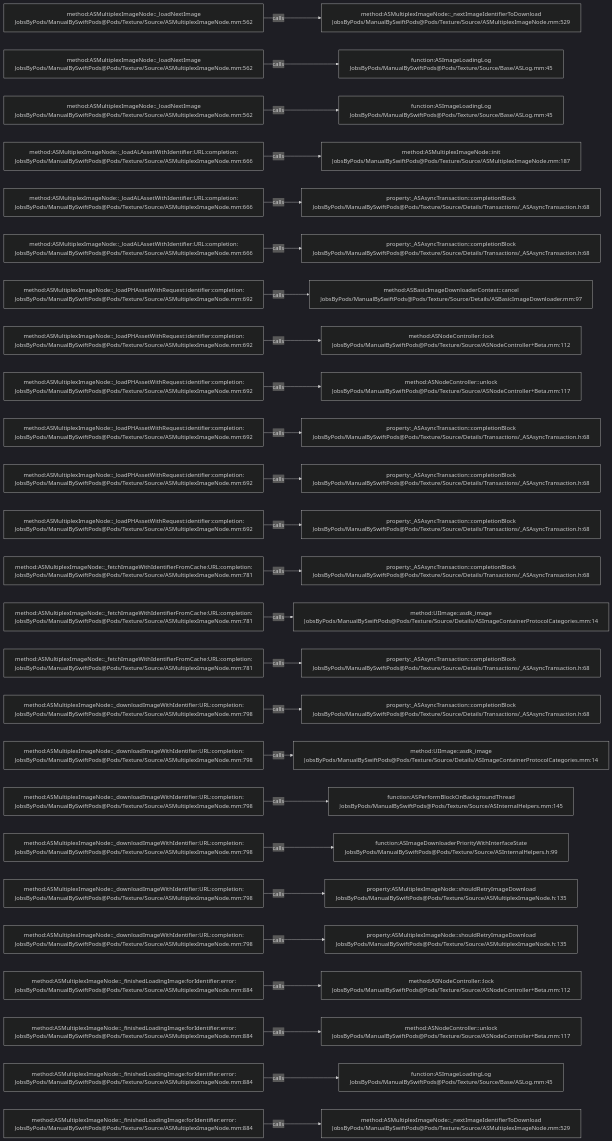
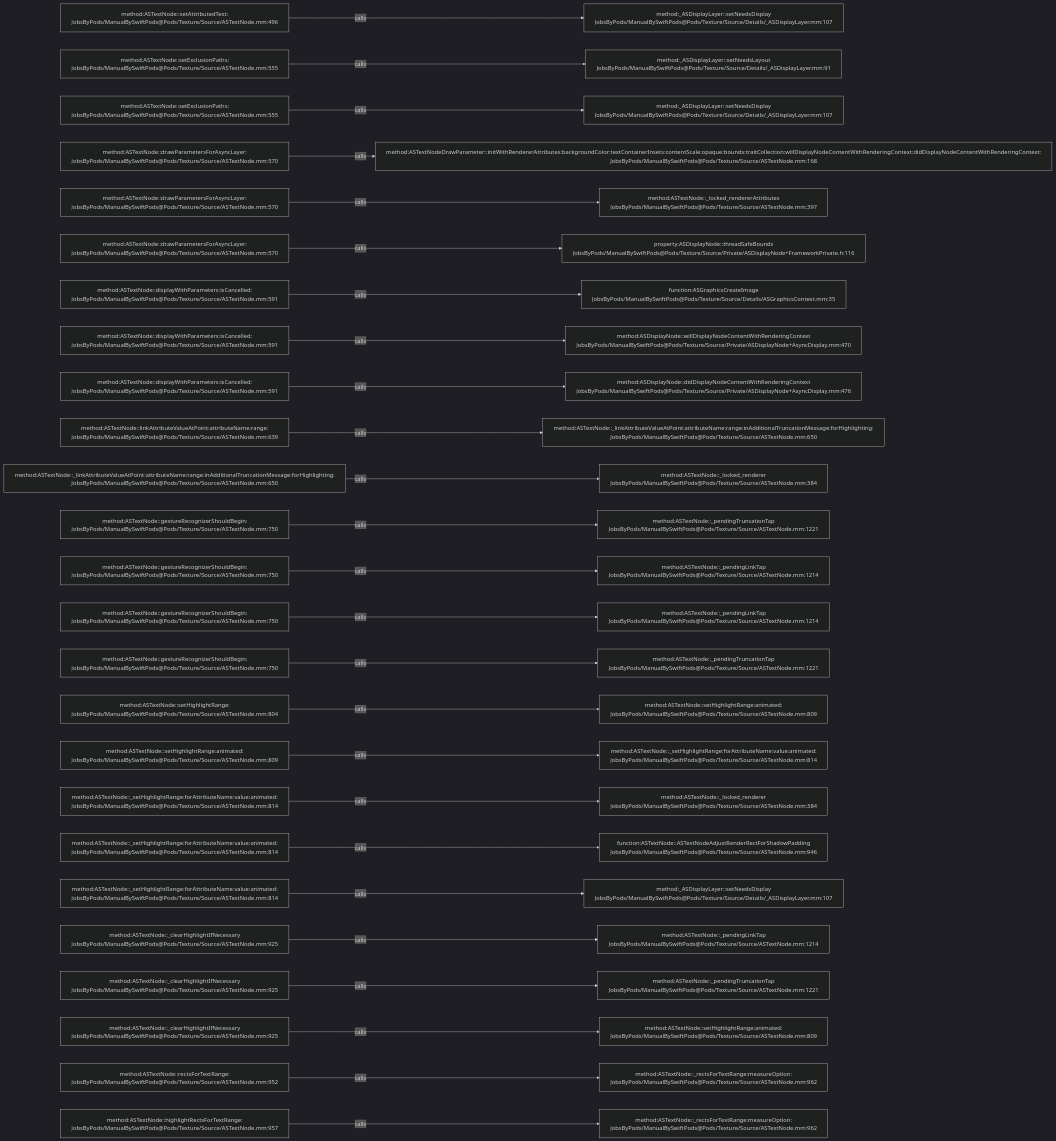
The diagram in .codegraph/codegraph.md/graphs/calls-067.md (JobsKits/JobsSwiftBaseConfigDemo), drawn with Mermaid (dark theme) before and after one commit. The commit also changed 832 other files, not shown here.

````diff
--- a/.codegraph/codegraph.md/graphs/calls-067.md
+++ b/.codegraph/codegraph.md/graphs/calls-067.md
@@ -13,78 +13,78 @@
 ```mermaid
 flowchart LR
-  S1["method:ASMultiplexImageNode::_loadNextImage<br/>JobsByPods/ManualBySwiftPods@Pods/Texture/Source/ASMultiplexImageNode.mm:562"]
-  T1["method:ASMultiplexImageNode::_nextImageIdentifierToDownload<br/>JobsByPods/ManualBySwiftPods@Pods/Texture/Source/ASMultiplexImageNode.mm:529"]
+  S1["method:ASTextNode::setAttributedText:<br/>JobsByPods/ManualBySwiftPods@Pods/Texture/Source/ASTextNode.mm:496"]
+  T1["method:_ASDisplayLayer::setNeedsDisplay<br/>JobsByPods/ManualBySwiftPods@Pods/Texture/Source/Details/_ASDisplayLayer.mm:107"]
   S1 -->|calls| T1
-  S2["method:ASMultiplexImageNode::_loadNextImage<br/>JobsByPods/ManualBySwiftPods@Pods/Texture/Source/ASMultiplexImageNode.mm:562"]
-  T2["function:ASImageLoadingLog<br/>JobsByPods/ManualBySwiftPods@Pods/Texture/Source/Base/ASLog.mm:45"]
+  S2["method:ASTextNode::setExclusionPaths:<br/>JobsByPods/ManualBySwiftPods@Pods/Texture/Source/ASTextNode.mm:555"]
+  T2["method:_ASDisplayLayer::setNeedsLayout<br/>JobsByPods/ManualBySwiftPods@Pods/Texture/Source/Details/_ASDisplayLayer.mm:91"]
   S2 -->|calls| T2
-  S3["method:ASMultiplexImageNode::_loadNextImage<br/>JobsByPods/ManualBySwiftPods@Pods/Texture/Source/ASMultiplexImageNode.mm:562"]
-  T3["function:ASImageLoadingLog<br/>JobsByPods/ManualBySwiftPods@Pods/Texture/Source/Base/ASLog.mm:45"]
+  S3["method:ASTextNode::setExclusionPaths:<br/>JobsByPods/ManualBySwiftPods@Pods/Texture/Source/ASTextNode.mm:555"]
+  T3["method:_ASDisplayLayer::setNeedsDisplay<br/>JobsByPods/ManualBySwiftPods@Pods/Texture/Source/Details/_ASDisplayLayer.mm:107"]
   S3 -->|calls| T3
-  S4["method:ASMultiplexImageNode::_loadALAssetWithIdentifier:URL:completion:<br/>JobsByPods/ManualBySwiftPods@Pods/Texture/Source/ASMultiplexImageNode.mm:666"]
-  T4["method:ASMultiplexImageNode::init<br/>JobsByPods/ManualBySwiftPods@Pods/Texture/Source/ASMultiplexImageNode.mm:187"]
+  S4["method:ASTextNode::drawParametersForAsyncLayer:<br/>JobsByPods/ManualBySwiftPods@Pods/Texture/Source/ASTextNode.mm:570"]
+  T4["method:ASTextNodeDrawParameter::initWithRendererAttributes:backgroundColor:textContainerInsets:contentScale:opaque:bounds:traitCollection:willDisplayNodeContentWithRenderingContext:didDisplayNodeContentWithRenderingContext:<br/>JobsByPods/ManualBySwiftPods@Pods/Texture/Source/ASTextNode.mm:168"]
   S4 -->|calls| T4
-  S5["method:ASMultiplexImageNode::_loadALAssetWithIdentifier:URL:completion:<br/>JobsByPods/ManualBySwiftPods@Pods/Texture/Source/ASMultiplexImageNode.mm:666"]
-  T5["property:_ASAsyncTransaction::completionBlock<br/>JobsByPods/ManualBySwiftPods@Pods/Texture/Source/Details/Transactions/_ASAsyncTransaction.h:68"]
+  S5["method:ASTextNode::drawParametersForAsyncLayer:<br/>JobsByPods/ManualBySwiftPods@Pods/Texture/Source/ASTextNode.mm:570"]
+  T5["method:ASTextNode::_locked_rendererAttributes<br/>JobsByPods/ManualBySwiftPods@Pods/Texture/Source/ASTextNode.mm:397"]
   S5 -->|calls| T5
-  S6["method:ASMultiplexImageNode::_loadALAssetWithIdentifier:URL:completion:<br/>JobsByPods/ManualBySwiftPods@Pods/Texture/Source/ASMultiplexImageNode.mm:666"]
-  T6["property:_ASAsyncTransaction::completionBlock<br/>JobsByPods/ManualBySwiftPods@Pods/Texture/Source/Details/Transactions/_ASAsyncTransaction.h:68"]
+  S6["method:ASTextNode::drawParametersForAsyncLayer:<br/>JobsByPods/ManualBySwiftPods@Pods/Texture/Source/ASTextNode.mm:570"]
+  T6["property:ASDisplayNode::threadSafeBounds<br/>JobsByPods/ManualBySwiftPods@Pods/Texture/Source/Private/ASDisplayNode+FrameworkPrivate.h:116"]
   S6 -->|calls| T6
-  S7["method:ASMultiplexImageNode::_loadPHAssetWithRequest:identifier:completion:<br/>JobsByPods/ManualBySwiftPods@Pods/Texture/Source/ASMultiplexImageNode.mm:692"]
-  T7["method:ASBasicImageDownloaderContext::cancel<br/>JobsByPods/ManualBySwiftPods@Pods/Texture/Source/Details/ASBasicImageDownloader.mm:97"]
+  S7["method:ASTextNode::displayWithParameters:isCancelled:<br/>JobsByPods/ManualBySwiftPods@Pods/Texture/Source/ASTextNode.mm:591"]
+  T7["function:ASGraphicsCreateImage<br/>JobsByPods/ManualBySwiftPods@Pods/Texture/Source/Details/ASGraphicsContext.mm:35"]
   S7 -->|calls| T7
-  S8["method:ASMultiplexImageNode::_loadPHAssetWithRequest:identifier:completion:<br/>JobsByPods/ManualBySwiftPods@Pods/Texture/Source/ASMultiplexImageNode.mm:692"]
-  T8["method:ASNodeController::lock<br/>JobsByPods/ManualBySwiftPods@Pods/Texture/Source/ASNodeController+Beta.mm:112"]
+  S8["method:ASTextNode::displayWithParameters:isCancelled:<br/>JobsByPods/ManualBySwiftPods@Pods/Texture/Source/ASTextNode.mm:591"]
+  T8["method:ASDisplayNode::willDisplayNodeContentWithRenderingContext<br/>JobsByPods/ManualBySwiftPods@Pods/Texture/Source/Private/ASDisplayNode+AsyncDisplay.mm:470"]
   S8 -->|calls| T8
-  S9["method:ASMultiplexImageNode::_loadPHAssetWithRequest:identifier:completion:<br/>JobsByPods/ManualBySwiftPods@Pods/Texture/Source/ASMultiplexImageNode.mm:692"]
-  T9["method:ASNodeController::unlock<br/>JobsByPods/ManualBySwiftPods@Pods/Texture/Source/ASNodeController+Beta.mm:117"]
+  S9["method:ASTextNode::displayWithParameters:isCancelled:<br/>JobsByPods/ManualBySwiftPods@Pods/Texture/Source/ASTextNode.mm:591"]
+  T9["method:ASDisplayNode::didDisplayNodeContentWithRenderingContext<br/>JobsByPods/ManualBySwiftPods@Pods/Texture/Source/Private/ASDisplayNode+AsyncDisplay.mm:476"]
   S9 -->|calls| T9
-  S10["method:ASMultiplexImageNode::_loadPHAssetWithRequest:identifier:completion:<br/>JobsByPods/ManualBySwiftPods@Pods/Texture/Source/ASMultiplexImageNode.mm:692"]
-  T10["property:_ASAsyncTransaction::completionBlock<br/>JobsByPods/ManualBySwiftPods@Pods/Texture/Source/Details/Transactions/_ASAsyncTransaction.h:68"]
+  S10["method:ASTextNode::linkAttributeValueAtPoint:attributeName:range:<br/>JobsByPods/ManualBySwiftPods@Pods/Texture/Source/ASTextNode.mm:639"]
+  T10["method:ASTextNode::_linkAttributeValueAtPoint:attributeName:range:inAdditionalTruncationMessage:forHighlighting:<br/>JobsByPods/ManualBySwiftPods@Pods/Texture/Source/ASTextNode.mm:650"]
   S10 -->|calls| T10
-  S11["method:ASMultiplexImageNode::_loadPHAssetWithRequest:identifier:completion:<br/>JobsByPods/ManualBySwiftPods@Pods/Texture/Source/ASMultiplexImageNode.mm:692"]
-  T11["property:_ASAsyncTransaction::completionBlock<br/>JobsByPods/ManualBySwiftPods@Pods/Texture/Source/Details/Transactions/_ASAsyncTransaction.h:68"]
+  S11["method:ASTextNode::_linkAttributeValueAtPoint:attributeName:range:inAdditionalTruncationMessage:forHighlighting:<br/>JobsByPods/ManualBySwiftPods@Pods/Texture/Source/ASTextNode.mm:650"]
+  T11["method:ASTextNode::_locked_renderer<br/>JobsByPods/ManualBySwiftPods@Pods/Texture/Source/ASTextNode.mm:384"]
   S11 -->|calls| T11
-  S12["method:ASMultiplexImageNode::_loadPHAssetWithRequest:identifier:completion:<br/>JobsByPods/ManualBySwiftPods@Pods/Texture/Source/ASMultiplexImageNode.mm:692"]
-  T12["property:_ASAsyncTransaction::completionBlock<br/>JobsByPods/ManualBySwiftPods@Pods/Texture/Source/Details/Transactions/_ASAsyncTransaction.h:68"]
+  S12["method:ASTextNode::gestureRecognizerShouldBegin:<br/>JobsByPods/ManualBySwiftPods@Pods/Texture/Source/ASTextNode.mm:750"]
+  T12["method:ASTextNode::_pendingTruncationTap<br/>JobsByPods/ManualBySwiftPods@Pods/Texture/Source/ASTextNode.mm:1221"]
   S12 -->|calls| T12
-  S13["method:ASMultiplexImageNode::_fetchImageWithIdentifierFromCache:URL:completion:<br/>JobsByPods/ManualBySwiftPods@Pods/Texture/Source/ASMultiplexImageNode.mm:781"]
-  T13["property:_ASAsyncTransaction::completionBlock<br/>JobsByPods/ManualBySwiftPods@Pods/Texture/Source/Details/Transactions/_ASAsyncTransaction.h:68"]
+  S13["method:ASTextNode::gestureRecognizerShouldBegin:<br/>JobsByPods/ManualBySwiftPods@Pods/Texture/Source/ASTextNode.mm:750"]
+  T13["method:ASTextNode::_pendingLinkTap<br/>JobsByPods/ManualBySwiftPods@Pods/Texture/Source/ASTextNode.mm:1214"]
   S13 -->|calls| T13
-  S14["method:ASMultiplexImageNode::_fetchImageWithIdentifierFromCache:URL:completion:<br/>JobsByPods/ManualBySwiftPods@Pods/Texture/Source/ASMultiplexImageNode.mm:781"]
-  T14["method:UIImage::asdk_image<br/>JobsByPods/ManualBySwiftPods@Pods/Texture/Source/Details/ASImageContainerProtocolCategories.mm:14"]
+  S14["method:ASTextNode::gestureRecognizerShouldBegin:<br/>JobsByPods/ManualBySwiftPods@Pods/Texture/Source/ASTextNode.mm:750"]
+  T14["method:ASTextNode::_pendingLinkTap<br/>JobsByPods/ManualBySwiftPods@Pods/Texture/Source/ASTextNode.mm:1214"]
   S14 -->|calls| T14
-  S15["method:ASMultiplexImageNode::_fetchImageWithIdentifierFromCache:URL:completion:<br/>JobsByPods/ManualBySwiftPods@Pods/Texture/Source/ASMultiplexImageNode.mm:781"]
-  T15["property:_ASAsyncTransaction::completionBlock<br/>JobsByPods/ManualBySwiftPods@Pods/Texture/Source/Details/Transactions/_ASAsyncTransaction.h:68"]
+  S15["method:ASTextNode::gestureRecognizerShouldBegin:<br/>JobsByPods/ManualBySwiftPods@Pods/Texture/Source/ASTextNode.mm:750"]
+  T15["method:ASTextNode::_pendingTruncationTap<br/>JobsByPods/ManualBySwiftPods@Pods/Texture/Source/ASTextNode.mm:1221"]
   S15 -->|calls| T15
-  S16["method:ASMultiplexImageNode::_downloadImageWithIdentifier:URL:completion:<br/>JobsByPods/ManualBySwiftPods@Pods/Texture/Source/ASMultiplexImageNode.mm:798"]
-  T16["property:_ASAsyncTransaction::completionBlock<br/>JobsByPods/ManualBySwiftPods@Pods/Texture/Source/Details/Transactions/_ASAsyncTransaction.h:68"]
+  S16["method:ASTextNode::setHighlightRange:<br/>JobsByPods/ManualBySwiftPods@Pods/Texture/Source/ASTextNode.mm:804"]
+  T16["method:ASTextNode::setHighlightRange:animated:<br/>JobsByPods/ManualBySwiftPods@Pods/Texture/Source/ASTextNode.mm:809"]
   S16 -->|calls| T16
-  S17["method:ASMultiplexImageNode::_downloadImageWithIdentifier:URL:completion:<br/>JobsByPods/ManualBySwiftPods@Pods/Texture/Source/ASMultiplexImageNode.mm:798"]
-  T17["method:UIImage::asdk_image<br/>JobsByPods/ManualBySwiftPods@Pods/Texture/Source/Details/ASImageContainerProtocolCategories.mm:14"]
+  S17["method:ASTextNode::setHighlightRange:animated:<br/>JobsByPods/ManualBySwiftPods@Pods/Texture/Source/ASTextNode.mm:809"]
+  T17["method:ASTextNode::_setHighlightRange:forAttributeName:value:animated:<br/>JobsByPods/ManualBySwiftPods@Pods/Texture/Source/ASTextNode.mm:814"]
   S17 -->|calls| T17
-  S18["method:ASMultiplexImageNode::_downloadImageWithIdentifier:URL:completion:<br/>JobsByPods/ManualBySwiftPods@Pods/Texture/Source/ASMultiplexImageNode.mm:798"]
-  T18["function:ASPerformBlockOnBackgroundThread<br/>JobsByPods/ManualBySwiftPods@Pods/Texture/Source/ASInternalHelpers.mm:145"]
+  S18["method:ASTextNode::_setHighlightRange:forAttributeName:value:animated:<br/>JobsByPods/ManualBySwiftPods@Pods/Texture/Source/ASTextNode.mm:814"]
+  T18["method:ASTextNode::_locked_renderer<br/>JobsByPods/ManualBySwiftPods@Pods/Texture/Source/ASTextNode.mm:384"]
   S18 -->|calls| T18
-  S19["method:ASMultiplexImageNode::_downloadImageWithIdentifier:URL:completion:<br/>JobsByPods/ManualBySwiftPods@Pods/Texture/Source/ASMultiplexImageNode.mm:798"]
-  T19["function:ASImageDownloaderPriorityWithInterfaceState<br/>JobsByPods/ManualBySwiftPods@Pods/Texture/Source/ASInternalHelpers.h:99"]
+  S19["method:ASTextNode::_setHighlightRange:forAttributeName:value:animated:<br/>JobsByPods/ManualBySwiftPods@Pods/Texture/Source/ASTextNode.mm:814"]
+  T19["function:ASTextNode::ASTextNodeAdjustRenderRectForShadowPadding<br/>JobsByPods/ManualBySwiftPods@Pods/Texture/Source/ASTextNode.mm:946"]
   S19 -->|calls| T19
-  S20["method:ASMultiplexImageNode::_downloadImageWithIdentifier:URL:completion:<br/>JobsByPods/ManualBySwiftPods@Pods/Texture/Source/ASMultiplexImageNode.mm:798"]
-  T20["property:ASMultiplexImageNode::shouldRetryImageDownload<br/>JobsByPods/ManualBySwiftPods@Pods/Texture/Source/ASMultiplexImageNode.h:135"]
+  S20["method:ASTextNode::_setHighlightRange:forAttributeName:value:animated:<br/>JobsByPods/ManualBySwiftPods@Pods/Texture/Source/ASTextNode.mm:814"]
+  T20["method:_ASDisplayLayer::setNeedsDisplay<br/>JobsByPods/ManualBySwiftPods@Pods/Texture/Source/Details/_ASDisplayLayer.mm:107"]
   S20 -->|calls| T20
-  S21["method:ASMultiplexImageNode::_downloadImageWithIdentifier:URL:completion:<br/>JobsByPods/ManualBySwiftPods@Pods/Texture/Source/ASMultiplexImageNode.mm:798"]
-  T21["property:ASMultiplexImageNode::shouldRetryImageDownload<br/>JobsByPods/ManualBySwiftPods@Pods/Texture/Source/ASMultiplexImageNode.h:135"]
+  S21["method:ASTextNode::_clearHighlightIfNecessary<br/>JobsByPods/ManualBySwiftPods@Pods/Texture/Source/ASTextNode.mm:925"]
+  T21["method:ASTextNode::_pendingLinkTap<br/>JobsByPods/ManualBySwiftPods@Pods/Texture/Source/ASTextNode.mm:1214"]
   S21 -->|calls| T21
-  S22["method:ASMultiplexImageNode::_finishedLoadingImage:forIdentifier:error:<br/>JobsByPods/ManualBySwiftPods@Pods/Texture/Source/ASMultiplexImageNode.mm:884"]
-  T22["method:ASNodeController::lock<br/>JobsByPods/ManualBySwiftPods@Pods/Texture/Source/ASNodeController+Beta.mm:112"]
+  S22["method:ASTextNode::_clearHighlightIfNecessary<br/>JobsByPods/ManualBySwiftPods@Pods/Texture/Source/ASTextNode.mm:925"]
+  T22["method:ASTextNode::_pendingTruncationTap<br/>JobsByPods/ManualBySwiftPods@Pods/Texture/Source/ASTextNode.mm:1221"]
   S22 -->|calls| T22
-  S23["method:ASMultiplexImageNode::_finishedLoadingImage:forIdentifier:error:<br/>JobsByPods/ManualBySwiftPods@Pods/Texture/Source/ASMultiplexImageNode.mm:884"]
-  T23["method:ASNodeController::unlock<br/>JobsByPods/ManualBySwiftPods@Pods/Texture/Source/ASNodeController+Beta.mm:117"]
+  S23["method:ASTextNode::_clearHighlightIfNecessary<br/>JobsByPods/ManualBySwiftPods@Pods/Texture/Source/ASTextNode.mm:925"]
+  T23["method:ASTextNode::setHighlightRange:animated:<br/>JobsByPods/ManualBySwiftPods@Pods/Texture/Source/ASTextNode.mm:809"]
   S23 -->|calls| T23
-  S24["method:ASMultiplexImageNode::_finishedLoadingImage:forIdentifier:error:<br/>JobsByPods/ManualBySwiftPods@Pods/Texture/Source/ASMultiplexImageNode.mm:884"]
-  T24["function:ASImageLoadingLog<br/>JobsByPods/ManualBySwiftPods@Pods/Texture/Source/Base/ASLog.mm:45"]
+  S24["method:ASTextNode::rectsForTextRange:<br/>JobsByPods/ManualBySwiftPods@Pods/Texture/Source/ASTextNode.mm:952"]
+  T24["method:ASTextNode::_rectsForTextRange:measureOption:<br/>JobsByPods/ManualBySwiftPods@Pods/Texture/Source/ASTextNode.mm:962"]
   S24 -->|calls| T24
-  S25["method:ASMultiplexImageNode::_finishedLoadingImage:forIdentifier:error:<br/>JobsByPods/ManualBySwiftPods@Pods/Texture/Source/ASMultiplexImageNode.mm:884"]
-  T25["method:ASMultiplexImageNode::_nextImageIdentifierToDownload<br/>JobsByPods/ManualBySwiftPods@Pods/Texture/Source/ASMultiplexImageNode.mm:529"]
+  S25["method:ASTextNode::highlightRectsForTextRange:<br/>JobsByPods/ManualBySwiftPods@Pods/Texture/Source/ASTextNode.mm:957"]
+  T25["method:ASTextNode::_rectsForTextRange:measureOption:<br/>JobsByPods/ManualBySwiftPods@Pods/Texture/Source/ASTextNode.mm:962"]
   S25 -->|calls| T25
 ```
````
